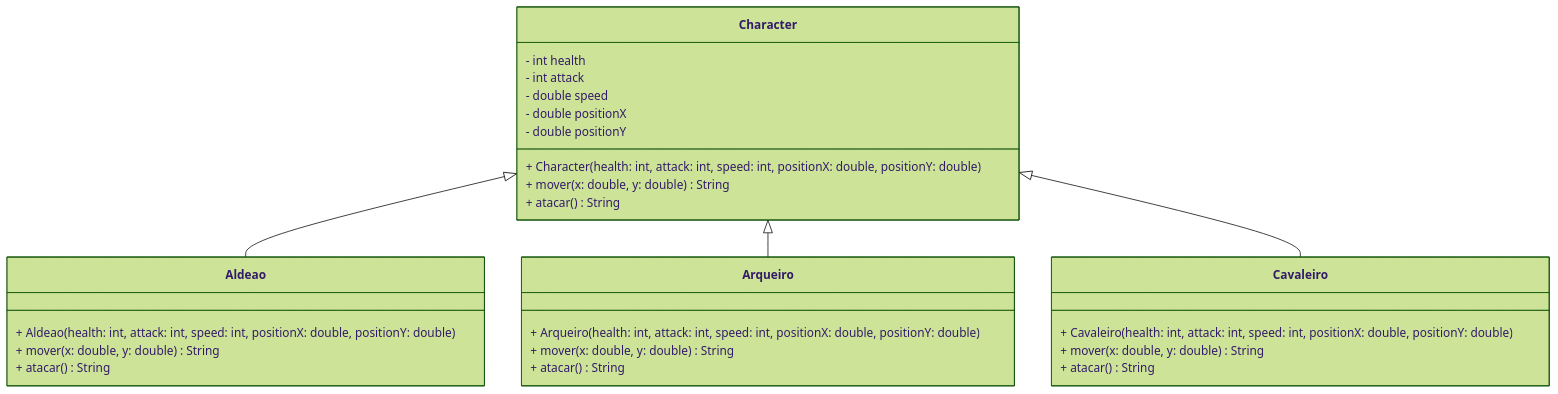
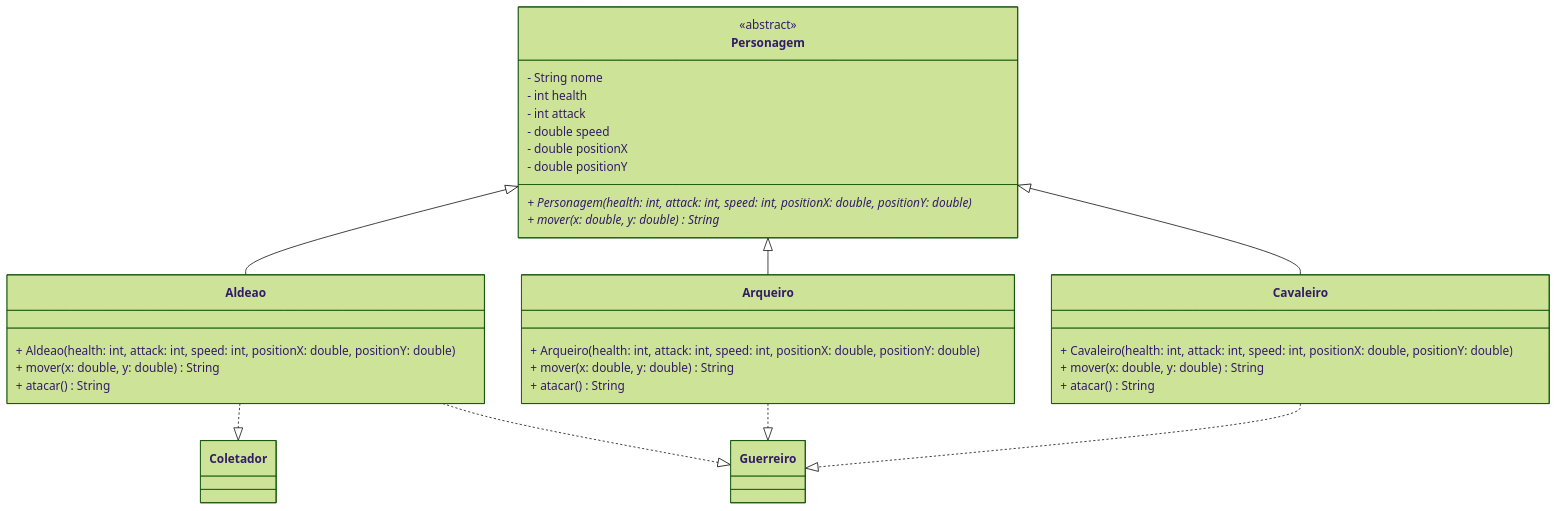
Before and after one commit to Aluno55/POO: the diagram in aula-java-of-empadas/README.md, drawn with Mermaid (forest theme). The commit also changed 4 other files, not shown here.

````diff
--- a/aula-java-of-empadas/README.md
+++ b/aula-java-of-empadas/README.md
@@ -1,31 +1,38 @@
 ```mermaid
 classDiagram
-    class Character{
-        + Character (health: int, attack: int, speed: int, positionX: double, positionY: double)
+    class Personagem{
+        <<abstract>>
+        + Personagem (health: int, attack: int, speed: int, positionX: double, positionY: double)*
+        - String nome
         - int health
         - int attack
         - double speed
         - double positionX
         - double positionY
-        + mover (x: double, y: double) String
-        + atacar () String
+        + mover (x: double, y: double) String*
     }
-    Character <|-- Aldeao
-    Character <|-- Arqueiro
-    Character <|-- Cavaleiro
+    Personagem <|-- Aldeao
+    Personagem <|-- Arqueiro
+    Personagem <|-- Cavaleiro
+    Aldeao ..|>Coletador
+    Aldeao ..|>Guerreiro
+    Arqueiro ..|>Guerreiro
+    Cavaleiro ..|>Guerreiro
+    class Guerreiro
+    class Coletador
     class Aldeao{
         + Aldeao (health: int, attack: int, speed: int, positionX: double, positionY: double)
         + mover (x: double, y: double) String
         + atacar () String
     }
     class Arqueiro{
         + Arqueiro (health: int, attack: int, speed: int, positionX: double, positionY: double)
         + mover (x: double, y: double) String
         + atacar () String
     }
     class Cavaleiro{
         + Cavaleiro (health: int, attack: int, speed: int, positionX: double, positionY: double)
         + mover (x: double, y: double) String
         + atacar () String
     }
 ```
````
